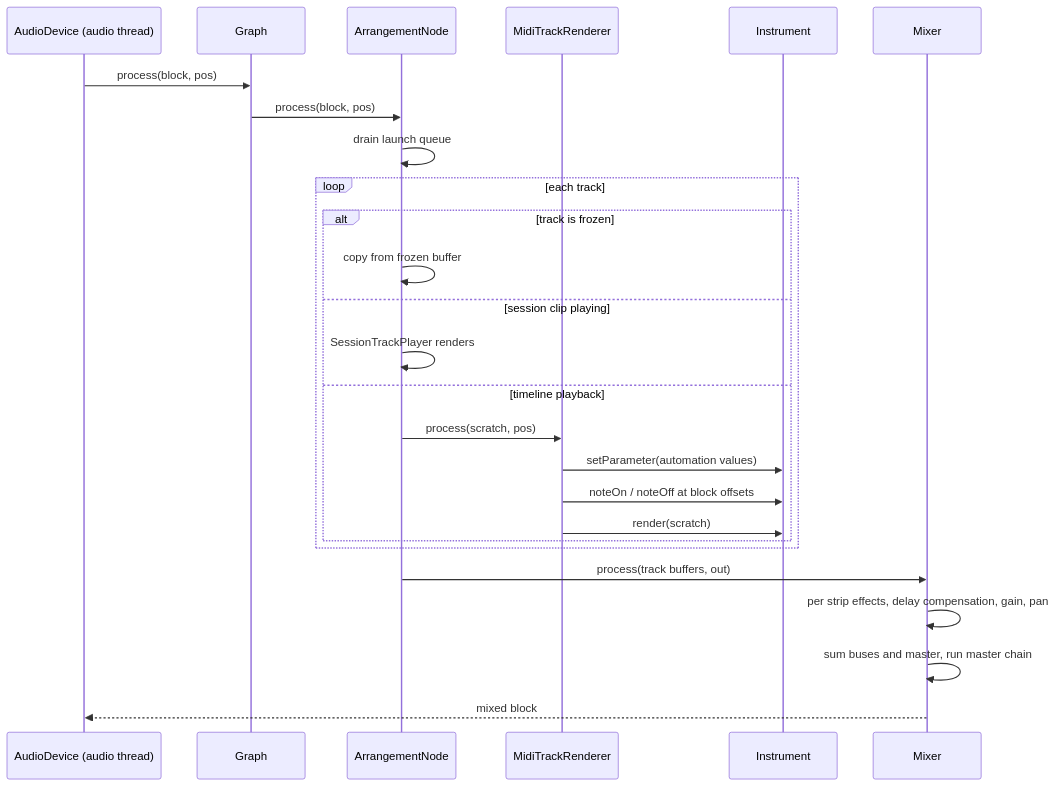
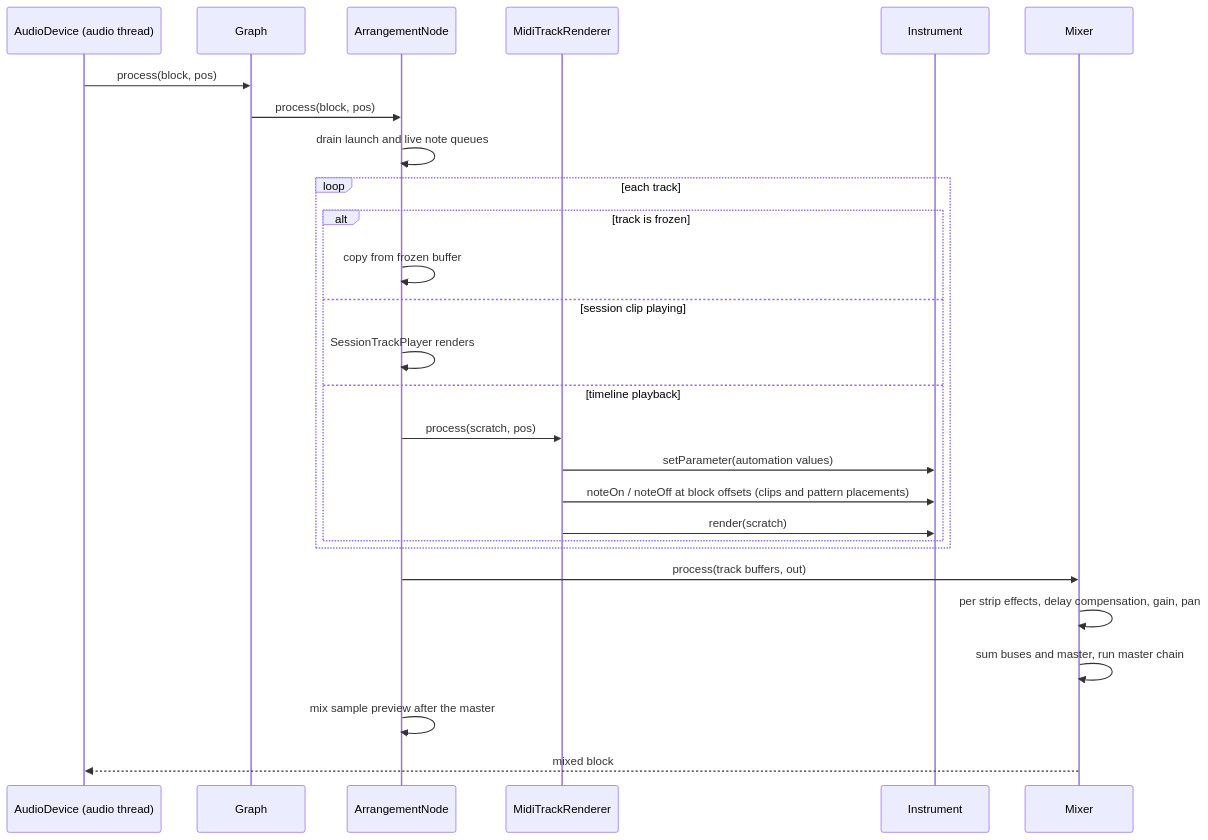
One commit to ajnieves1/Howl changed the first of 6 diagrams in docs/sequences.md. Above: the diagram before and after it, drawn with Mermaid. The commit also changed other lines of this file and 3 other files, not shown here.

First line of the commit message:
bring the reference docs up to date with the current architecture

````diff
--- a/docs/sequences.md
+++ b/docs/sequences.md
@@ -9,29 +9,30 @@
 ```mermaid
 sequenceDiagram
     participant Device as AudioDevice (audio thread)
     participant Graph
     participant Node as ArrangementNode
     participant Renderer as MidiTrackRenderer
     participant Synth as Instrument
     participant Mixer
 
     Device->>Graph: process(block, pos)
     Graph->>Node: process(block, pos)
-    Node->>Node: drain launch queue
+    Node->>Node: drain launch and live note queues
     loop each track
         alt track is frozen
             Node->>Node: copy from frozen buffer
         else session clip playing
             Node->>Node: SessionTrackPlayer renders
         else timeline playback
             Node->>Renderer: process(scratch, pos)
             Renderer->>Synth: setParameter(automation values)
-            Renderer->>Synth: noteOn / noteOff at block offsets
+            Renderer->>Synth: noteOn / noteOff at block offsets (clips and pattern placements)
             Renderer->>Synth: render(scratch)
         end
     end
     Node->>Mixer: process(track buffers, out)
     Mixer->>Mixer: per strip effects, delay compensation, gain, pan
     Mixer->>Mixer: sum buses and master, run master chain
+    Node->>Node: mix sample preview after the master
     Mixer-->>Device: mixed block
 ```
````
